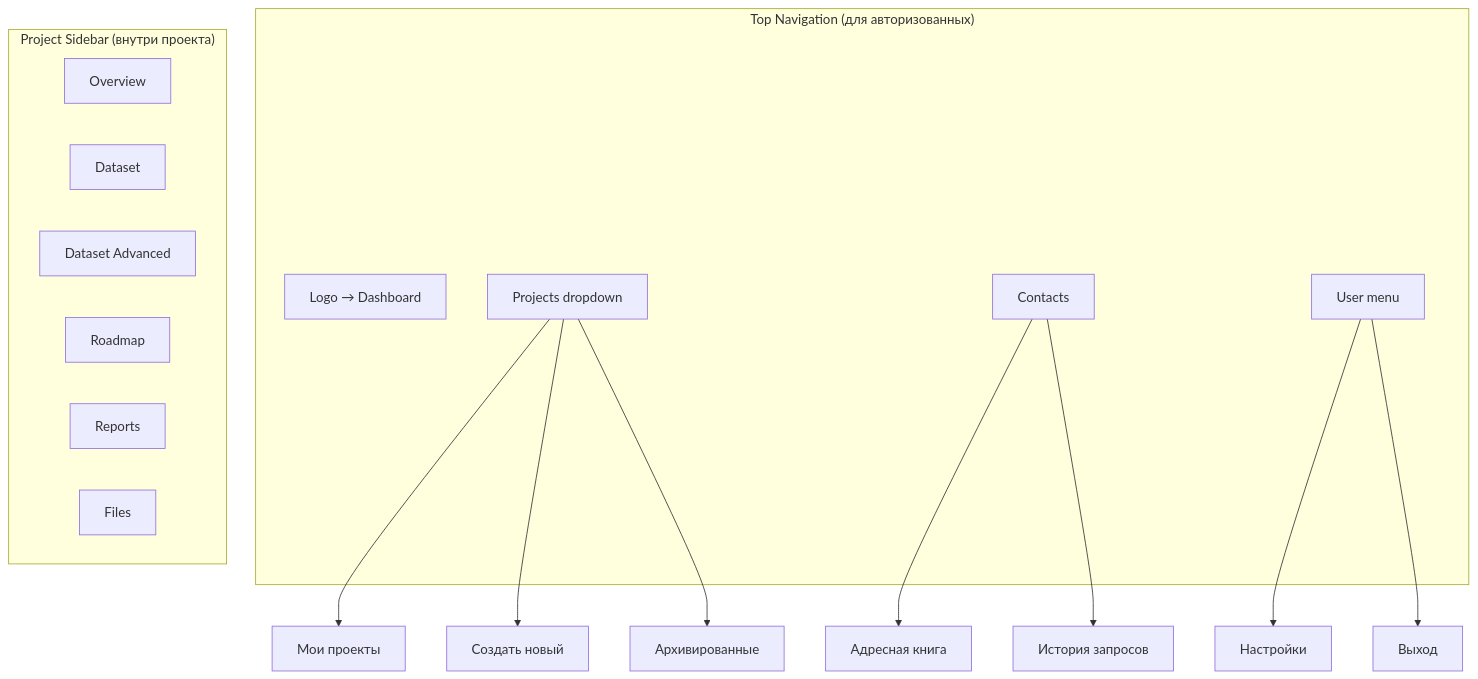
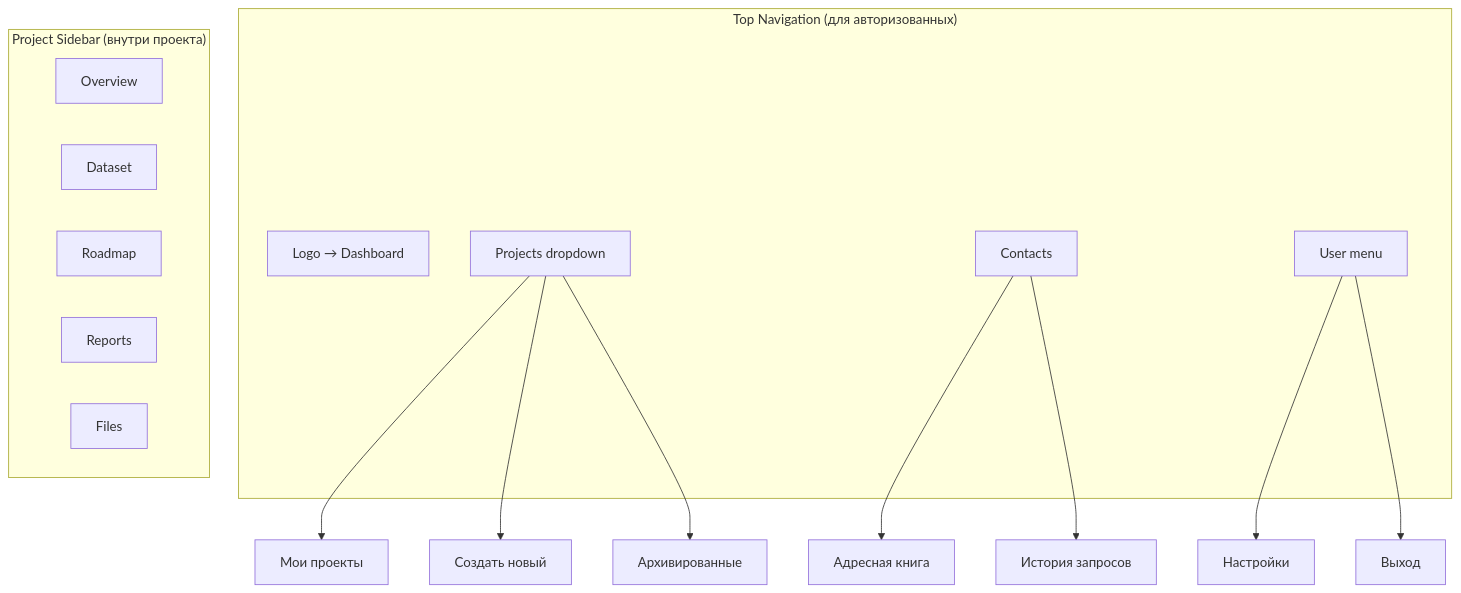
Before and after one commit to condr-at/carbonreport: the fourth of 4 diagrams in docs/USER_FLOW.md, drawn with Mermaid. The commit also changed other lines of this file and 2 other files, not shown here.

````diff
--- a/docs/USER_FLOW.md
+++ b/docs/USER_FLOW.md
@@ -245,28 +243,27 @@
 ```mermaid
 graph TD
     subgraph "Top Navigation (для авторизованных)"
         Nav1[Logo → Dashboard]
         Nav2[Projects dropdown]
         Nav3[Contacts]
         Nav4[User menu]
     end
     
     Nav2 --> Nav2a[Мои проекты]
     Nav2 --> Nav2b[Создать новый]
     Nav2 --> Nav2c[Архивированные]
     
     Nav3 --> Nav3a[Адресная книга]
     Nav3 --> Nav3b[История запросов]
     
     Nav4 --> Nav4a[Настройки]
     Nav4 --> Nav4b[Выход]
     
     subgraph "Project Sidebar (внутри проекта)"
         Side1[Overview]
         Side2[Dataset]
-        Side2a[Dataset Advanced]
         Side3[Roadmap]
         Side4[Reports]
         Side5[Files]
     end
 ```
````
